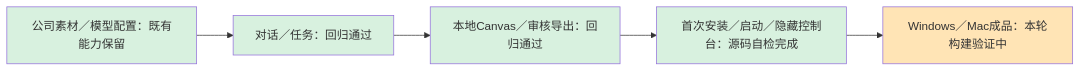
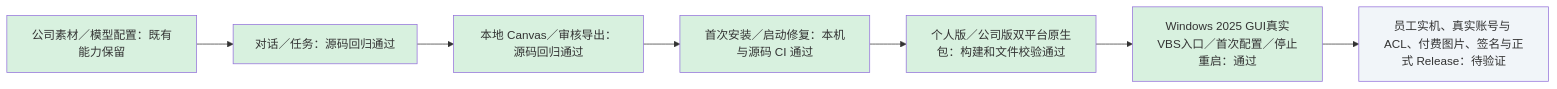
Before and after one commit to akechi0819-lgtm/creative-Agent-studio: the first of 3 diagrams in docs/工程进度.md, drawn with Mermaid. The commit also changed other lines of this file and 3 other files, not shown here.

````diff
--- a/docs/工程进度.md
+++ b/docs/工程进度.md
@@ -9,12 +11,16 @@
 ```mermaid
 flowchart LR
-  M["公司素材／模型配置：既有能力保留"] --> T["对话／任务：回归通过"]
-  T --> C["本地Canvas／审核导出：回归通过"]
-  C --> S["首次安装／启动／隐藏控制台：源码自检完成"]
-  S --> P["Windows／Mac成品：本轮构建验证中"]
+  M["公司素材／模型配置：既有能力保留"] --> T["对话／任务：源码回归通过"]
+  T --> C["本地 Canvas／审核导出：源码回归通过"]
+  C --> S["首次安装／启动修复：本机与源码 CI 通过"]
+  S --> P["个人版／公司版双平台原生包：构建和文件校验通过"]
+  P --> U["Windows 2025 GUI真实VBS入口／首次配置／停止重启：通过"]
+  U --> X["员工实机、真实账号与 ACL、付费图片、签名与正式 Release：待验证"]
   style M fill:#d8f1df
   style T fill:#d8f1df
   style C fill:#d8f1df
   style S fill:#d8f1df
-  style P fill:#ffe4b5
+  style P fill:#d8f1df
+  style U fill:#d8f1df
+  style X fill:#f1f5f9
 ```
````
